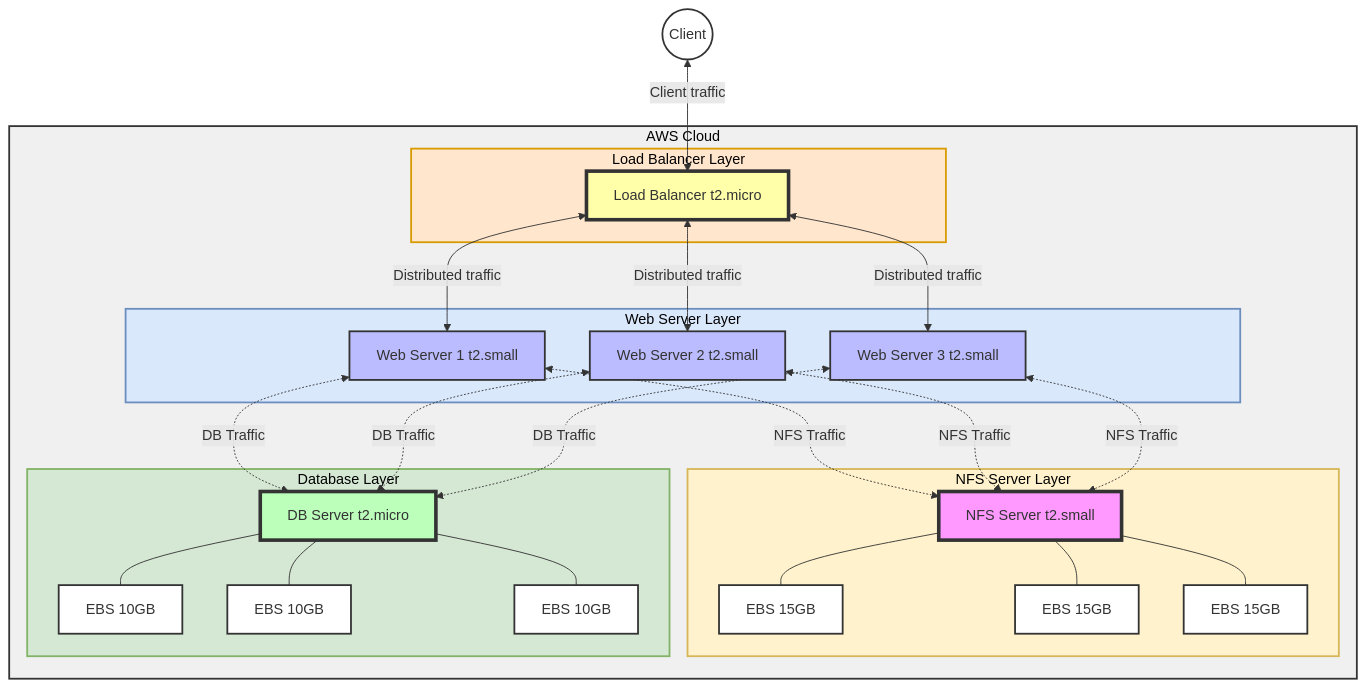
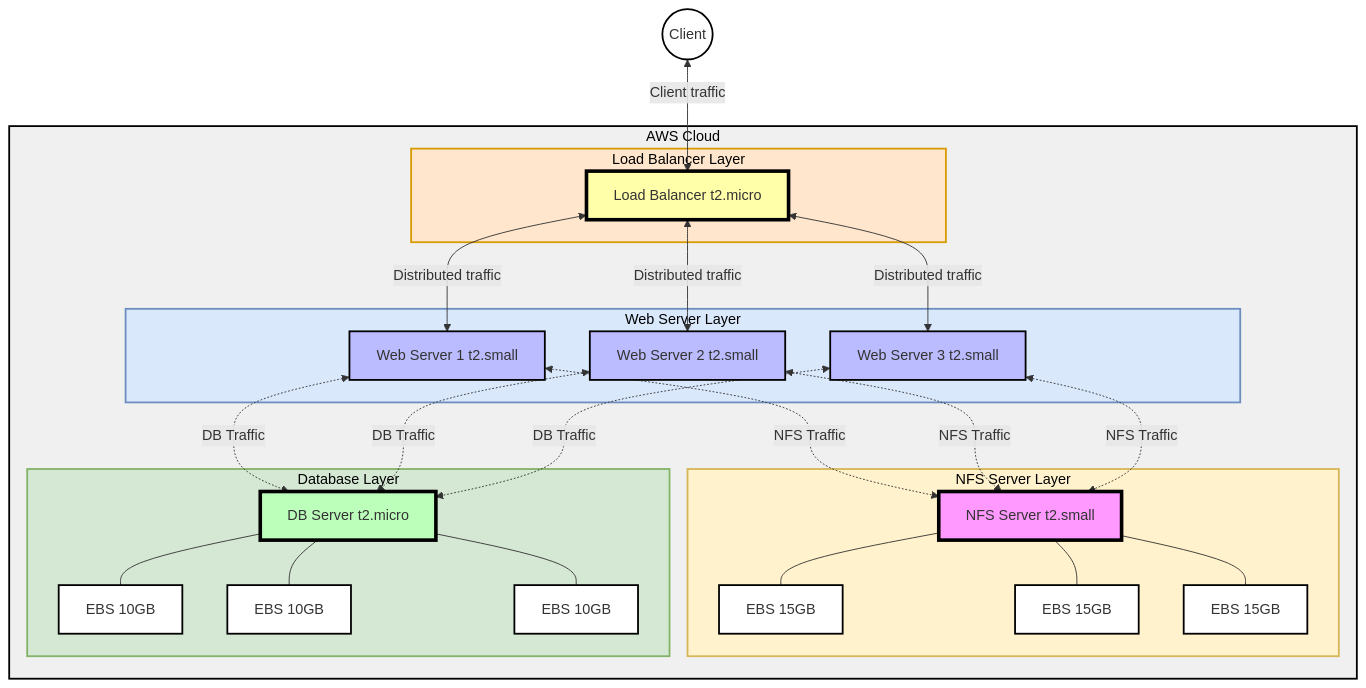
Before and after one commit to fmanimashaun/Steghub-DevOps-training: the diagram in Load_balancer_solution_with_apache/README.md, drawn with Mermaid.

````diff
--- a/Load_balancer_solution_with_apache/README.md
+++ b/Load_balancer_solution_with_apache/README.md
@@ -30,67 +30,67 @@
 ```mermaid
 graph TD
   Client((Client))
 
   Client <--> |Client traffic| LB
 
   subgraph AWS_Cloud[AWS Cloud]
     subgraph LB_Layer[Load Balancer Layer]
       LB[Load Balancer t2.micro]
     end
 
     LB <--> |Distributed traffic| WS1
     LB <--> |Distributed traffic| WS2
     LB <--> |Distributed traffic| WS3
 
     subgraph Web_Layer[Web Server Layer]
       WS1[Web Server 1 t2.small]
       WS2[Web Server 2 t2.small]
       WS3[Web Server 3 t2.small]
     end
 
     subgraph NFS_Layer[NFS Server Layer]
       NFS[NFS Server t2.small]
       EBS1[EBS 15GB]
       EBS2[EBS 15GB]
       EBS3[EBS 15GB]
       NFS --- EBS1
       NFS --- EBS2
       NFS --- EBS3
     end
 
     subgraph DB_Layer[Database Layer]
       DB[DB Server t2.micro]
       DBEBS1[EBS 10GB]
       DBEBS2[EBS 10GB]
       DBEBS3[EBS 10GB]
       DB --- DBEBS1
       DB --- DBEBS2
       DB --- DBEBS3
     end
 
     WS1 <-.-> |NFS Traffic| NFS
     WS2 <-.-> |NFS Traffic| NFS
     WS3 <-.-> |NFS Traffic| NFS
 
     WS1 <-.-> |DB Traffic| DB
     WS2 <-.-> |DB Traffic| DB
     WS3 <-.-> |DB Traffic| DB
   end
 
-  style NFS fill:#f9f,stroke:#333,stroke-width:4px
-  style WS1 fill:#bbf,stroke:#333,stroke-width:2px
-  style WS2 fill:#bbf,stroke:#333,stroke-width:2px
-  style WS3 fill:#bbf,stroke:#333,stroke-width:2px
-  style DB fill:#bfb,stroke:#333,stroke-width:4px
-  style LB fill:#ffa,stroke:#333,stroke-width:4px
-  style AWS_Cloud fill:#f0f0f0,stroke:#333,stroke-width:2px
+  style NFS fill:#f9f,stroke:#000,stroke-width:4px
+  style WS1 fill:#bbf,stroke:#000,stroke-width:2px
+  style WS2 fill:#bbf,stroke:#000,stroke-width:2px
+  style WS3 fill:#bbf,stroke:#000,stroke-width:2px
+  style DB fill:#bfb,stroke:#000,stroke-width:4px
+  style LB fill:#ffa,stroke:#000,stroke-width:4px
+  style AWS_Cloud fill:#f0f0f0,stroke:#000,stroke-width:2px
   style LB_Layer fill:#ffe6cc,stroke:#d79b00,stroke-width:2px
   style Web_Layer fill:#dae8fc,stroke:#6c8ebf,stroke-width:2px
   style NFS_Layer fill:#fff2cc,stroke:#d6b656,stroke-width:2px
   style DB_Layer fill:#d5e8d4,stroke:#82b366,stroke-width:2px
 
-  classDef default fill:#fff,stroke:#333,stroke-width:2px;
+  classDef default fill:#fff,stroke:#000,stroke-width:2px;
   classDef plaintext fill:none,stroke:none,color:black;
   class Client,LB,NFS,WS1,WS2,WS3,DB,EBS1,EBS2,EBS3,DBEBS1,DBEBS2,DBEBS3 default;
   class AWS_Cloud,LB_Layer,Web_Layer,NFS_Layer,DB_Layer plaintext;
 ```
````
